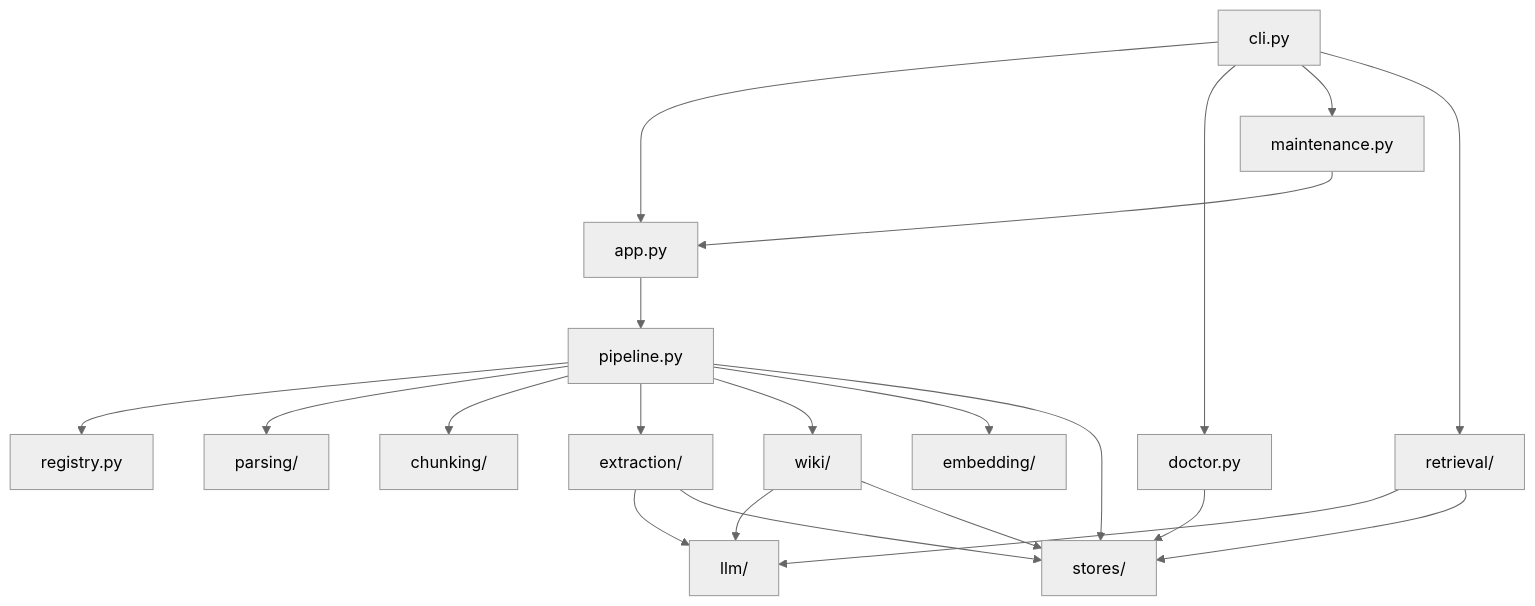
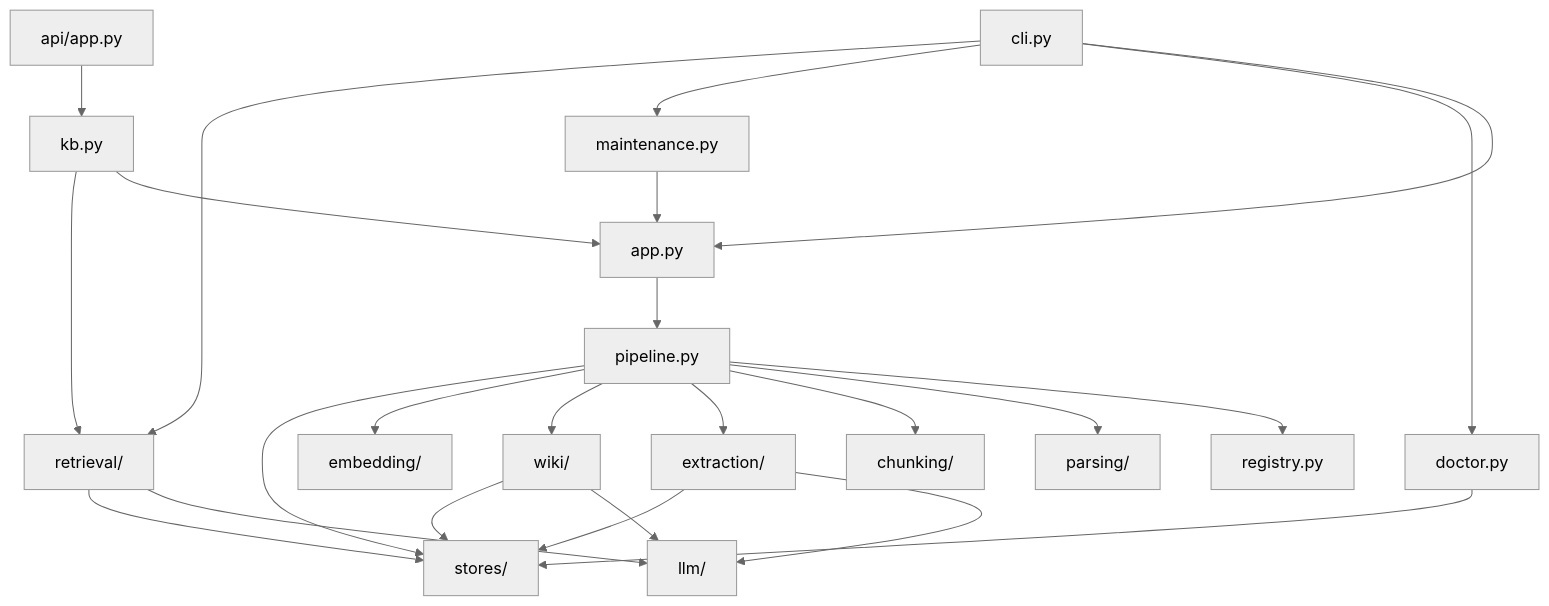
The tenth of 13 diagrams in README.md (000p1umDiesel/Atlas), drawn with Mermaid (neutral theme) before and after one commit. The commit also changed other lines of this file, not shown here.

````diff
--- a/README.md
+++ b/README.md
@@ -1596,23 +1604,26 @@
 ```mermaid
 flowchart TD
     CLI["cli.py"] --> APP["app.py"]
+    API["api/app.py"] --> KB["kb.py"]
+    KB --> APP
+    KB --> RET
     CLI --> DOCTOR["doctor.py"]
     CLI --> MAINT["maintenance.py"]
     CLI --> RET["retrieval/"]
     MAINT --> APP
     APP --> PIPE["pipeline.py"]
     PIPE --> REG["registry.py"]
     PIPE --> PARSE["parsing/"]
     PIPE --> CHUNK["chunking/"]
     PIPE --> EXT["extraction/"]
     PIPE --> WIKI["wiki/"]
     PIPE --> EMB["embedding/"]
     PIPE --> STORES["stores/"]
     EXT --> LLM["llm/"]
     WIKI --> LLM
     RET --> LLM
     EXT --> STORES
     WIKI --> STORES
     RET --> STORES
     DOCTOR --> STORES
 ```
````
